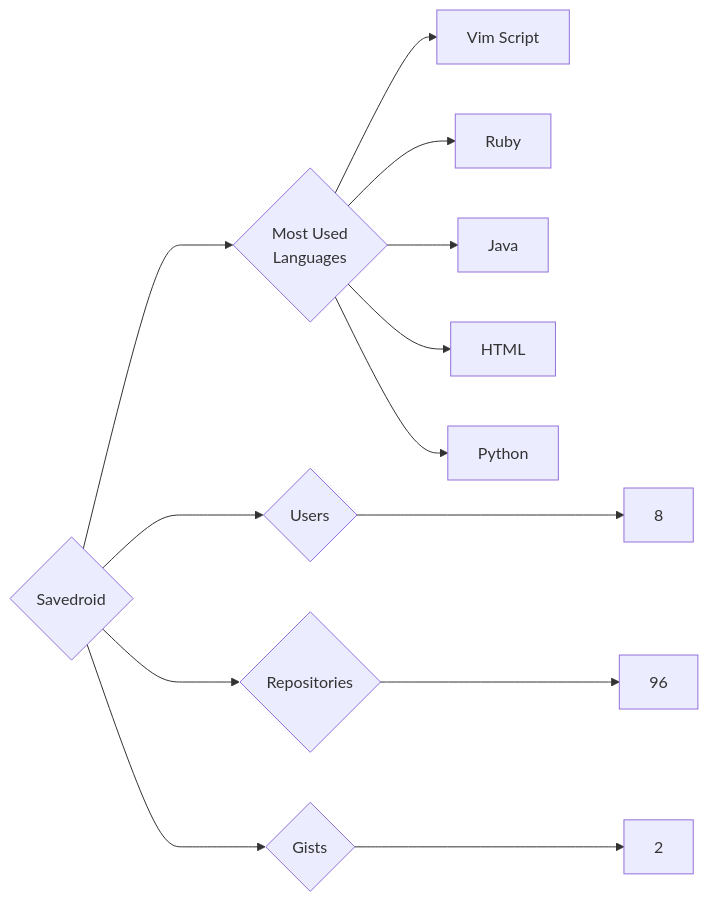
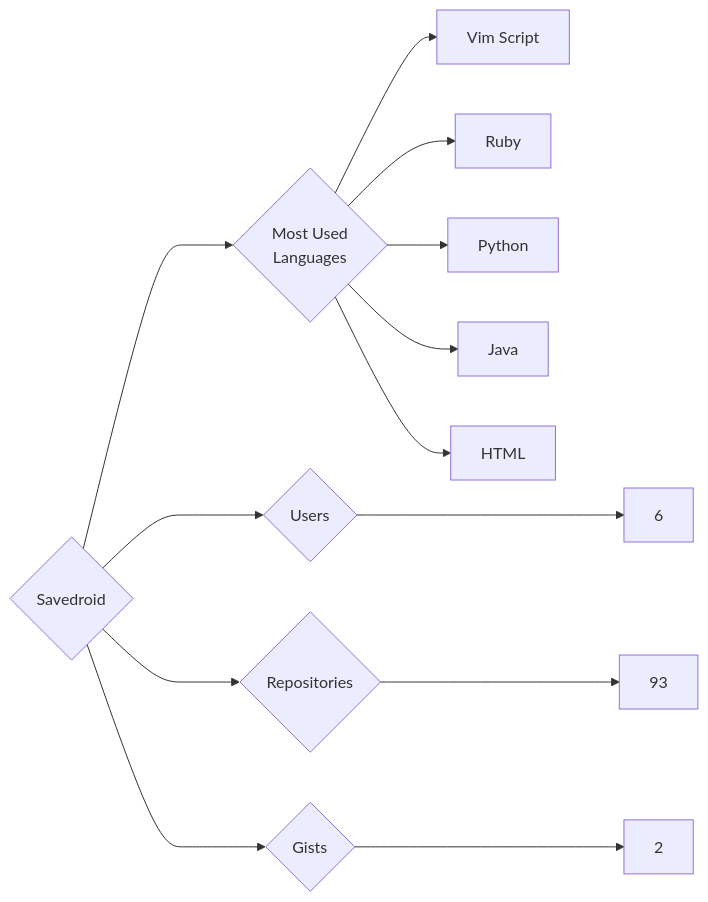
Before and after one commit to trickest/insiders: the diagram in targets/Savedroid/README.md, drawn with Mermaid. The commit also changed 1508 other files, not shown here.

````diff
--- a/targets/Savedroid/README.md
+++ b/targets/Savedroid/README.md
@@ -3,13 +3,13 @@
 ```mermaid
 graph LR
 COMPANY_NAME{Savedroid}
-COMPANY_NAME ---> U{Users} ---> UN[8]
-COMPANY_NAME ---> R{Repositories} ---> RN[96]
+COMPANY_NAME ---> U{Users} ---> UN[6]
+COMPANY_NAME ---> R{Repositories} ---> RN[93]
 COMPANY_NAME ---> G{Gists} ---> GN[2]
 COMPANY_NAME ---> ML{Most Used<br>Languages}
 ML --> Vim_Script[Vim Script]
 ML --> Ruby[Ruby]
+ML --> Python[Python]
 ML --> Java[Java]
 ML --> HTML[HTML]
-ML --> Python[Python]
 ```
````
